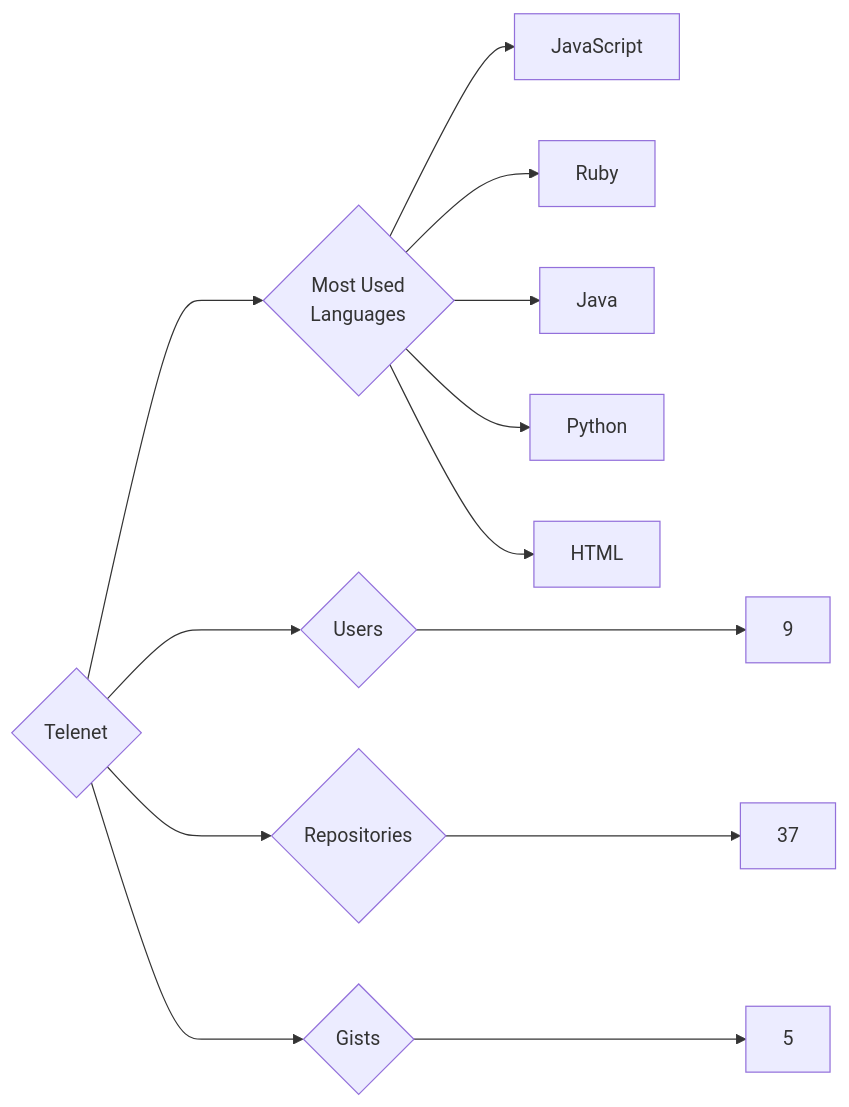
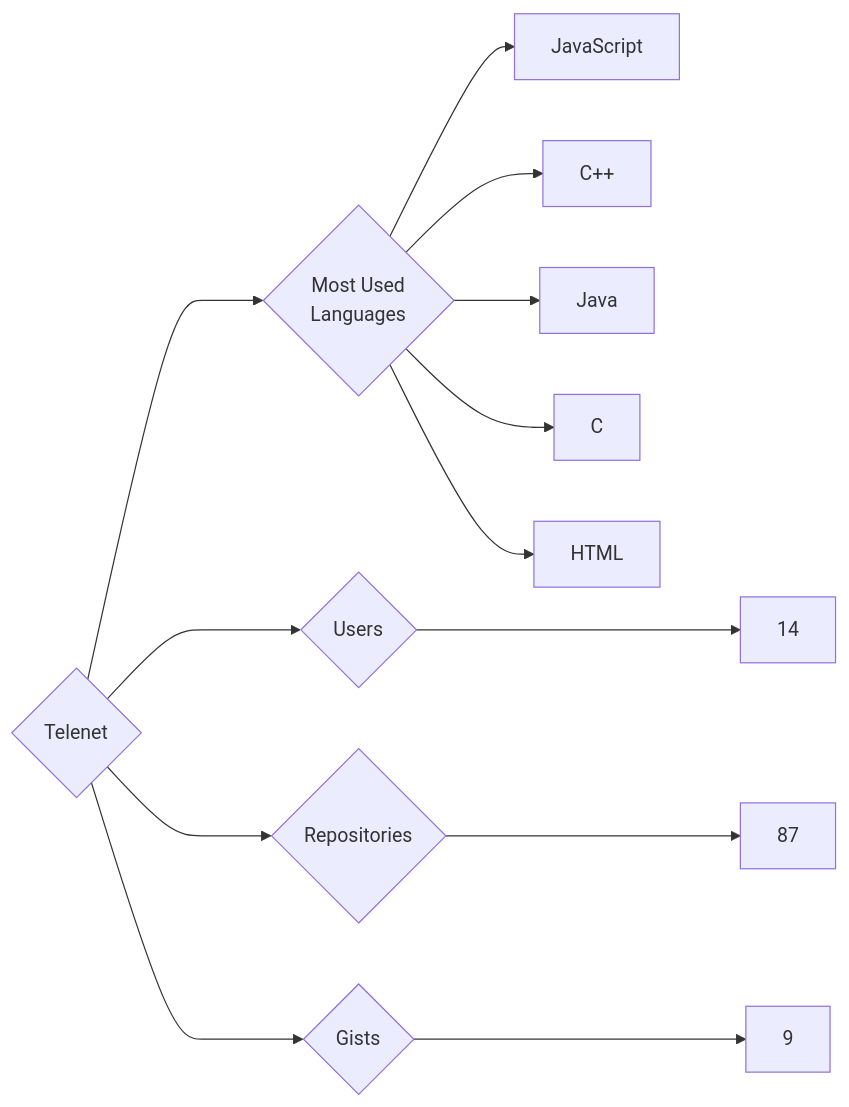
The diagram in targets/Telenet/README.md (trickest/insiders), drawn with Mermaid before and after one commit. The commit also changed 955 other files, not shown here.

````diff
--- a/targets/Telenet/README.md
+++ b/targets/Telenet/README.md
@@ -3,13 +3,13 @@
 ```mermaid
 graph LR
 COMPANY_NAME{Telenet}
-COMPANY_NAME ---> U{Users} ---> UN[9]
-COMPANY_NAME ---> R{Repositories} ---> RN[37]
-COMPANY_NAME ---> G{Gists} ---> GN[5]
+COMPANY_NAME ---> U{Users} ---> UN[14]
+COMPANY_NAME ---> R{Repositories} ---> RN[87]
+COMPANY_NAME ---> G{Gists} ---> GN[9]
 COMPANY_NAME ---> ML{Most Used<br>Languages}
 ML --> JavaScript[JavaScript]
-ML --> Ruby[Ruby]
+ML --> C++[C++]
 ML --> Java[Java]
-ML --> Python[Python]
+ML --> C[C]
 ML --> HTML[HTML]
 ```
````
